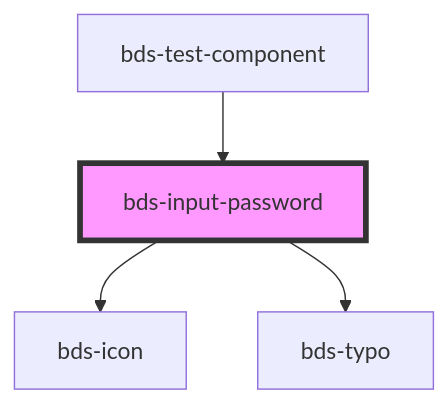
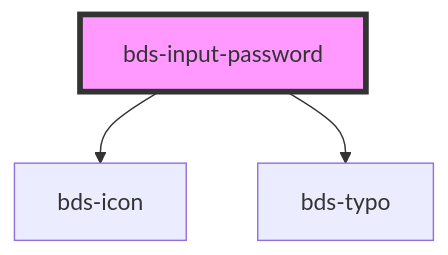
The diagram in src/components/input-password/readme.md (takenet/blip-ds), drawn with Mermaid before and after one commit. The commit also changed other lines of this file and 40 other files, not shown here.

Commit message:
feat(test-components): remove components example from test component

````diff
--- a/src/components/input-password/readme.md
+++ b/src/components/input-password/readme.md
@@ -66,7 +62,6 @@
 ```mermaid
 graph TD;
   bds-input-password --> bds-icon
   bds-input-password --> bds-typo
-  bds-test-component --> bds-input-password
   style bds-input-password fill:#f9f,stroke:#333,stroke-width:4px
 ```
````
